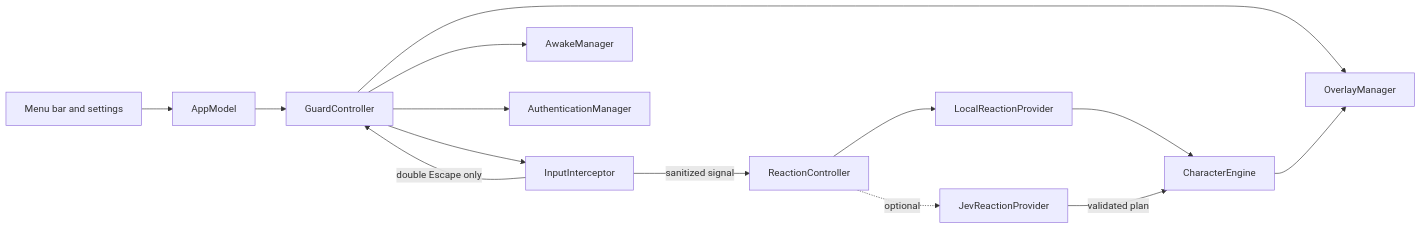
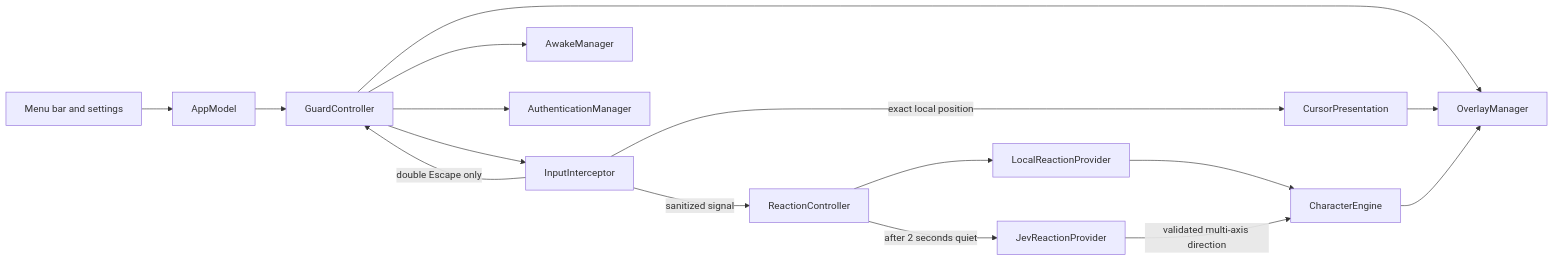
The first of 2 diagrams in docs/architecture.md (Captain-Sangam/bonk), drawn with Mermaid before and after one commit. The commit also changed other lines of this file and 23 other files, not shown here.

Commit message:
Refine Jev character direction

````diff
--- a/docs/architecture.md
+++ b/docs/architecture.md
@@ -7,16 +7,18 @@
 ```mermaid
 flowchart LR
     UI[Menu bar and settings] --> AppModel
     AppModel --> GuardController
     GuardController --> InputInterceptor
     GuardController --> OverlayManager
     GuardController --> AwakeManager
     GuardController --> AuthenticationManager
     InputInterceptor -->|sanitized signal| ReactionController
+    InputInterceptor -->|exact local position| CursorPresentation
     InputInterceptor -->|double Escape only| GuardController
     ReactionController --> LocalReactionProvider
-    ReactionController -. optional .-> JevReactionProvider
+    ReactionController -->|after 2 seconds quiet| JevReactionProvider
     LocalReactionProvider --> CharacterEngine
-    JevReactionProvider -->|validated plan| CharacterEngine
+    JevReactionProvider -->|validated multi-axis direction| CharacterEngine
+    CursorPresentation --> OverlayManager
     CharacterEngine --> OverlayManager
 ```
````
